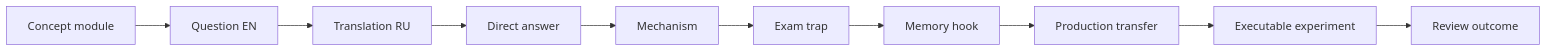
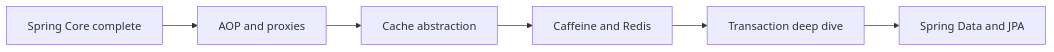
One commit to alimbetov/obsidian changed the diagram in 01_MAPS/Spring Map.md. Above: the diagram before and after it, drawn with Mermaid. The commit also changed other lines of this file, not shown here.

Commit message:
Publish Spring AOP and caching route

````diff
--- a/01_MAPS/Spring Map.md
+++ b/01_MAPS/Spring Map.md
@@ -24,12 +19,8 @@
 ```mermaid
 flowchart LR
-    A[Concept module] --> B[Question EN]
-    B --> C[Translation RU]
-    C --> D[Direct answer]
-    D --> E[Mechanism]
-    E --> F[Exam trap]
-    F --> G[Memory hook]
-    G --> H[Production transfer]
-    H --> I[Executable experiment]
-    I --> J[Review outcome]
+    CORE[Spring Core complete] --> AOP[AOP and proxies]
+    AOP --> CACHE[Cache abstraction]
+    CACHE --> PROVIDERS[Caffeine and Redis]
+    PROVIDERS --> TX[Transaction deep dive]
+    TX --> DATA[Spring Data and JPA]
 ```
````
